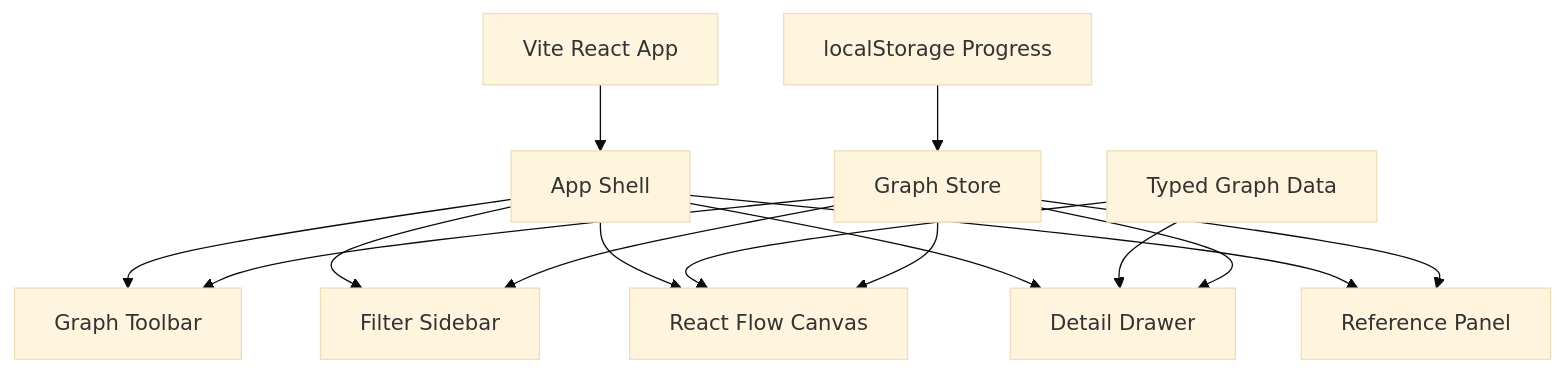
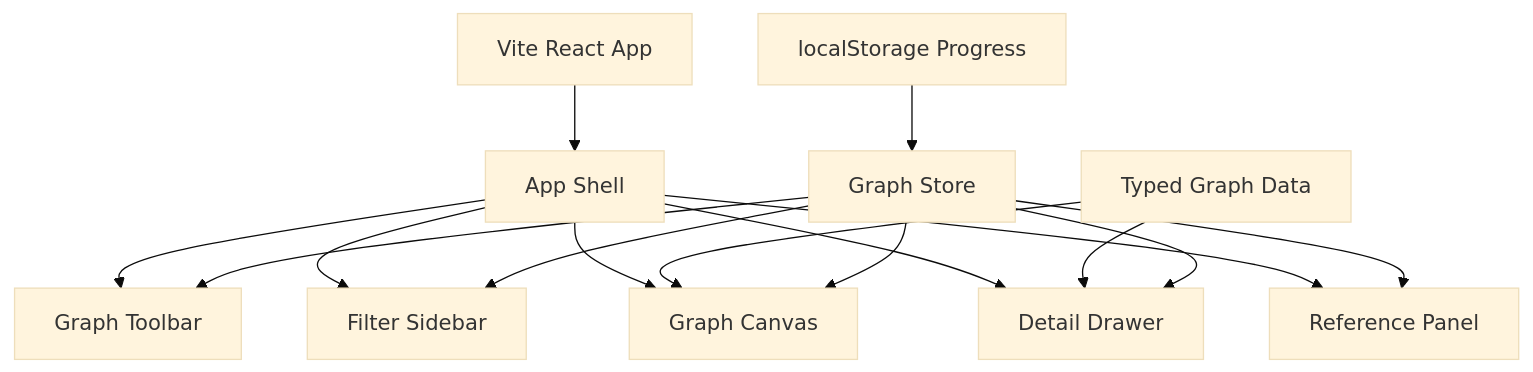
Before and after one commit to JasonxzWen/agent-harness-lab: the third of 3 diagrams in apps/knowledge-graph/docs/overall-design.md, drawn with Mermaid (base theme). The commit also changed other lines of this file and 10 other files, not shown here.

Commit message:
feat: add typed harness graph data

````diff
--- a/apps/knowledge-graph/docs/overall-design.md
+++ b/apps/knowledge-graph/docs/overall-design.md
@@ -74,18 +74,18 @@
 ```mermaid
 flowchart TB
     A["Vite React App"] --> B["App Shell"]
     B --> C["Graph Toolbar"]
     B --> D["Filter Sidebar"]
-    B --> E["React Flow Canvas"]
+    B --> E["Graph Canvas"]
     B --> F["Detail Drawer"]
     B --> G["Reference Panel"]
 
     H["Typed Graph Data"] --> E
     H --> F
     I["Graph Store"] --> C
     I --> D
     I --> E
     I --> F
     I --> G
     J["localStorage Progress"] --> I
 ```
````
